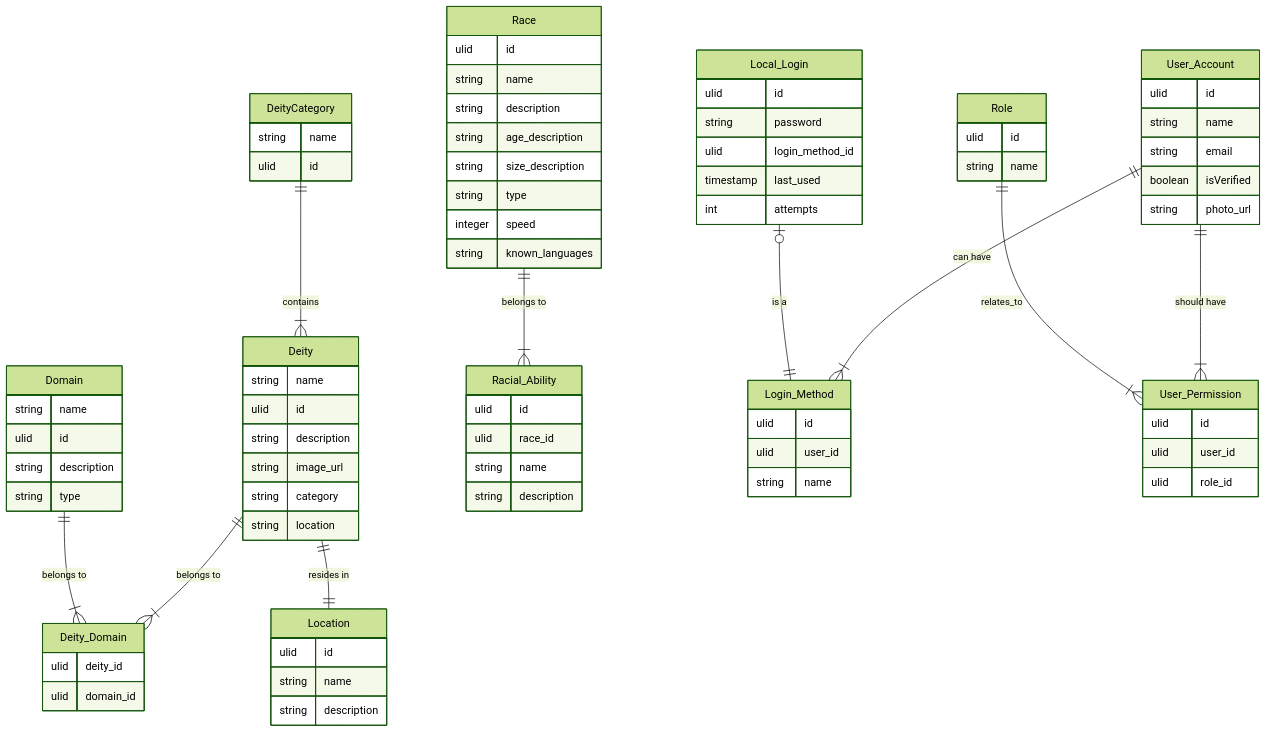
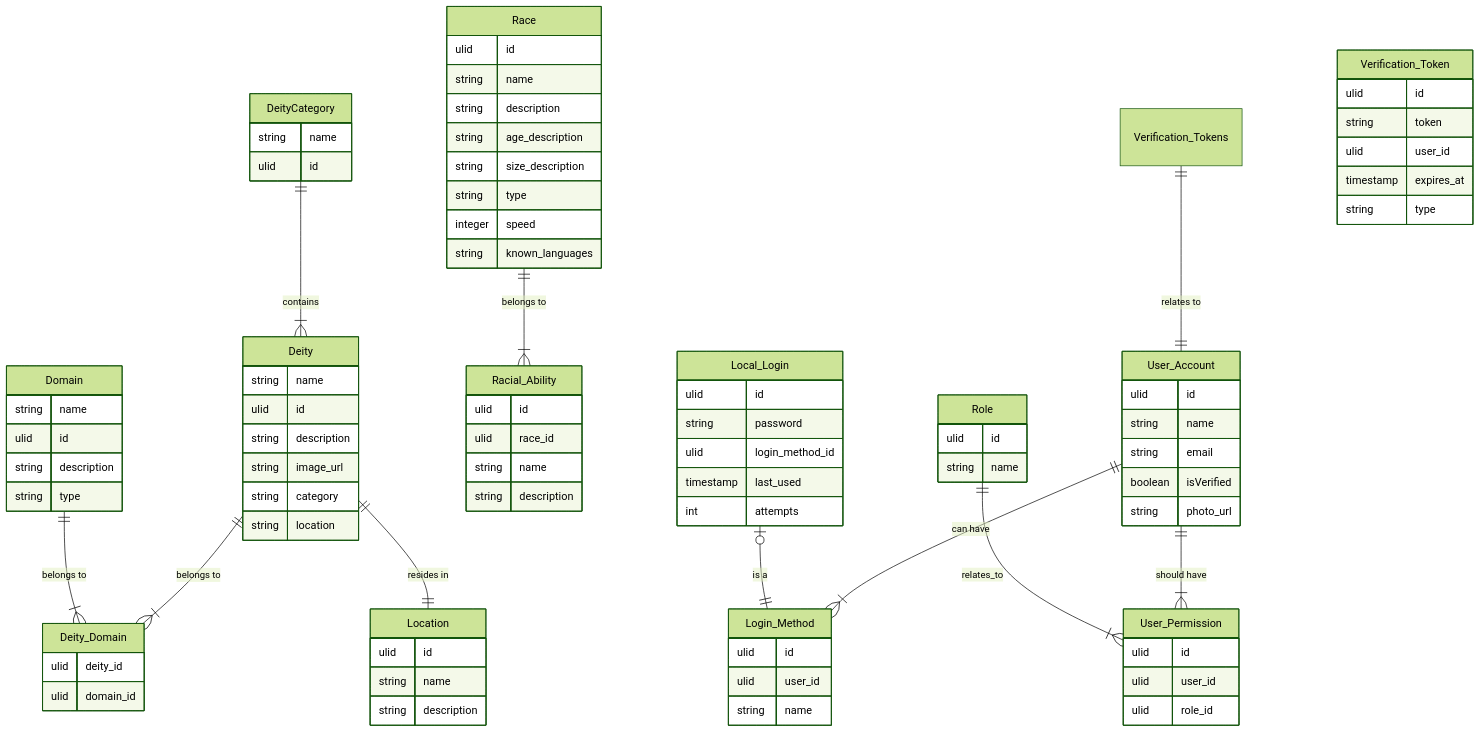
The diagram in libs/db/migrations/diagram.mmd (jmcdo29/unteris), drawn with Mermaid (forest theme) before and after one commit. The commit also changed 4 other files, not shown here.

Commit message:
feat: create migration for verification token table

```diff
--- a/libs/db/migrations/diagram.mmd
+++ b/libs/db/migrations/diagram.mmd
@@ -1,81 +1,89 @@
 erDiagram
     DeityCategory ||--|{ Deity : "contains"
     Deity ||--|{ Deity_Domain : "belongs to"
     Domain ||--|{ Deity_Domain : "belongs to"
     Deity ||--|| Location : "resides in"
     Race ||--|{ Racial_Ability : "belongs to"
     User_Account ||--|{ Login_Method : "can have"
-    Local_Login |o --|| Login_Method : "is a"
-    User_Account || --|{ User_Permission : "should have"
-    Role || --|{ User_Permission : "relates_to"
+    Local_Login |o--|| Login_Method : "is a"
+    User_Account ||--|{ User_Permission : "should have"
+    Verification_Tokens ||--|| User_Account : "relates to"
+    Role ||--|{ User_Permission : "relates_to"
     DeityCategory {
         string name
         ulid id
     }
     Deity {
         string name
         ulid id
         string description
         string image_url
         string category
         string location
     }
     Domain {
         string name
         ulid id
         string description
         string type
     }
     Deity_Domain {
         ulid deity_id
         ulid domain_id
     }
     Location {
         ulid id
         string name
         string description
     }
     Race {
         ulid id
         string name
         string description
         string age_description
         string size_description
         string type
         integer speed
         string known_languages
     }
     Racial_Ability {
         ulid id
         ulid race_id
         string name
         string description
     }
     User_Account {
         ulid id
         string name
         string email
         boolean isVerified
         string photo_url
     }
     User_Permission {
         ulid id
         ulid user_id
         ulid role_id
     }
     Login_Method {
         ulid id
         ulid user_id
         string name
     }
     Local_Login {
         ulid id
         string password
         ulid login_method_id
         timestamp last_used
         int attempts
     }
     Role {
         ulid id
         string name
     }
+    Verification_Token {
+        ulid id
+        string token
+        ulid user_id
+        timestamp expires_at
+        string type
+    }
```
